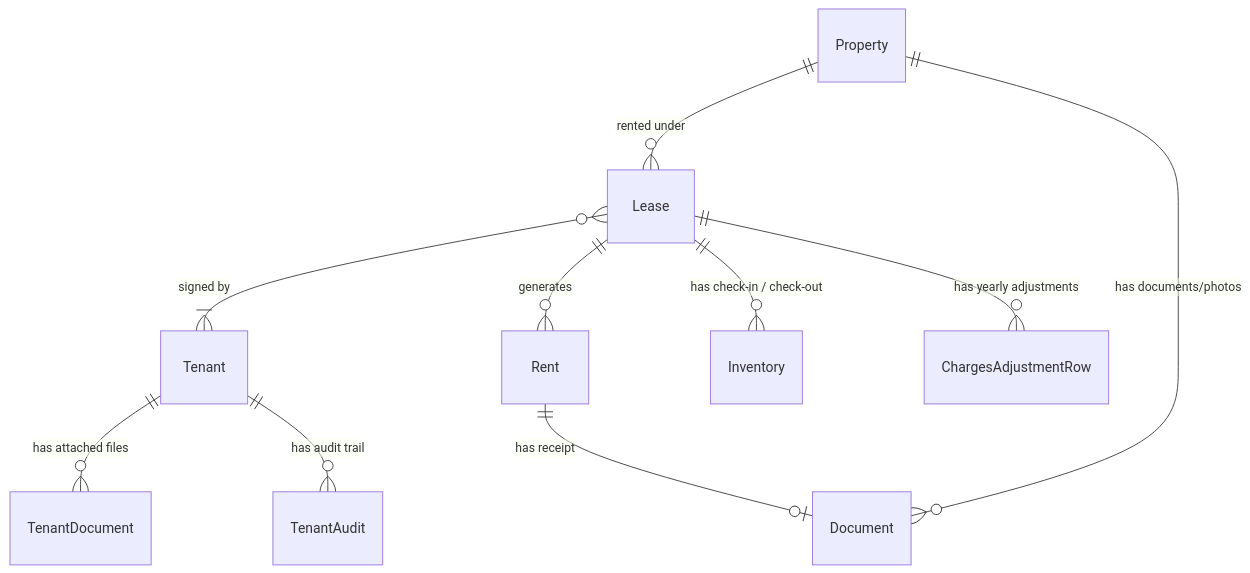
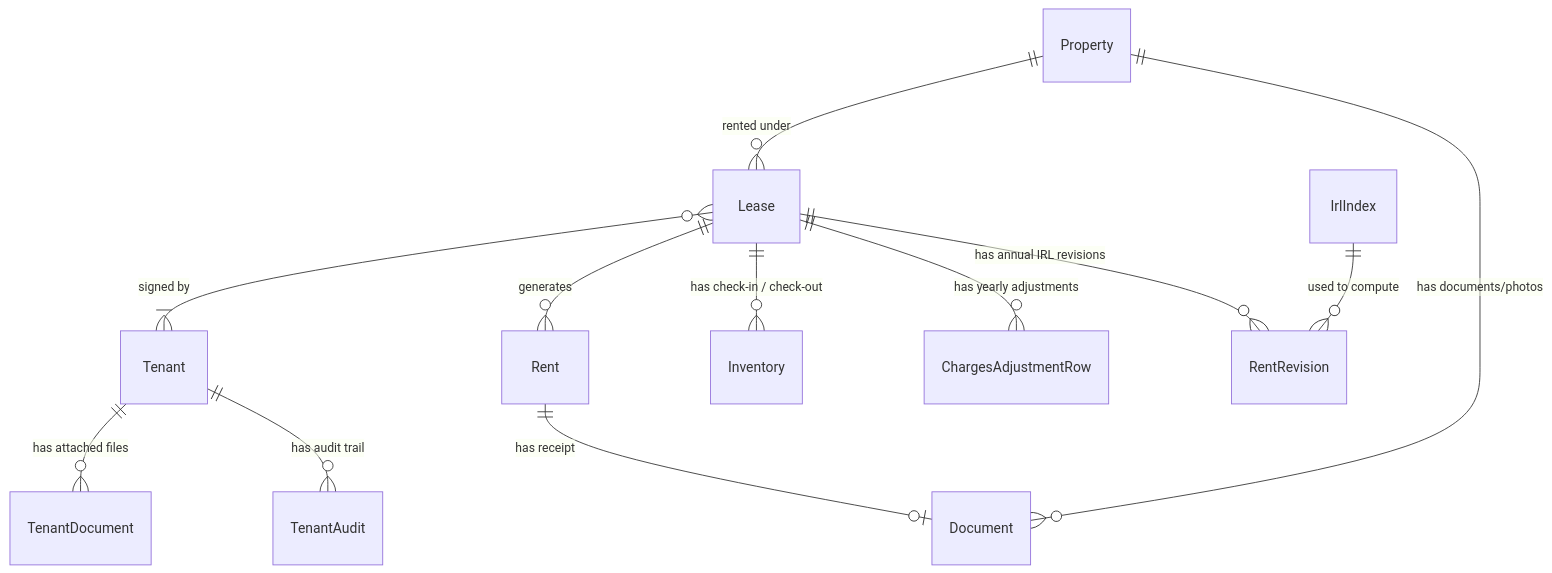
One commit to stalina/locapilot changed the first of 2 diagrams in specs/_index.md. Above: the diagram before and after it, drawn with Mermaid. The commit also changed other lines of this file and 23 other files, not shown here.

First line of the commit message:
feat(indexation): add annual IRL rent revision (issue #41)

````diff
--- a/specs/_index.md
+++ b/specs/_index.md
@@ -22,12 +23,14 @@
 ```mermaid
 erDiagram
     Property ||--o{ Lease : "rented under"
     Lease }o--|{ Tenant : "signed by"
     Lease ||--o{ Rent : "generates"
     Lease ||--o{ Inventory : "has check-in / check-out"
     Lease ||--o{ ChargesAdjustmentRow : "has yearly adjustments"
+    Lease ||--o{ RentRevision : "has annual IRL revisions"
+    IrlIndex ||--o{ RentRevision : "used to compute"
     Property ||--o{ Document : "has documents/photos"
     Tenant ||--o{ TenantDocument : "has attached files"
     Tenant ||--o{ TenantAudit : "has audit trail"
     Rent ||--o| Document : "has receipt"
 ```
````
